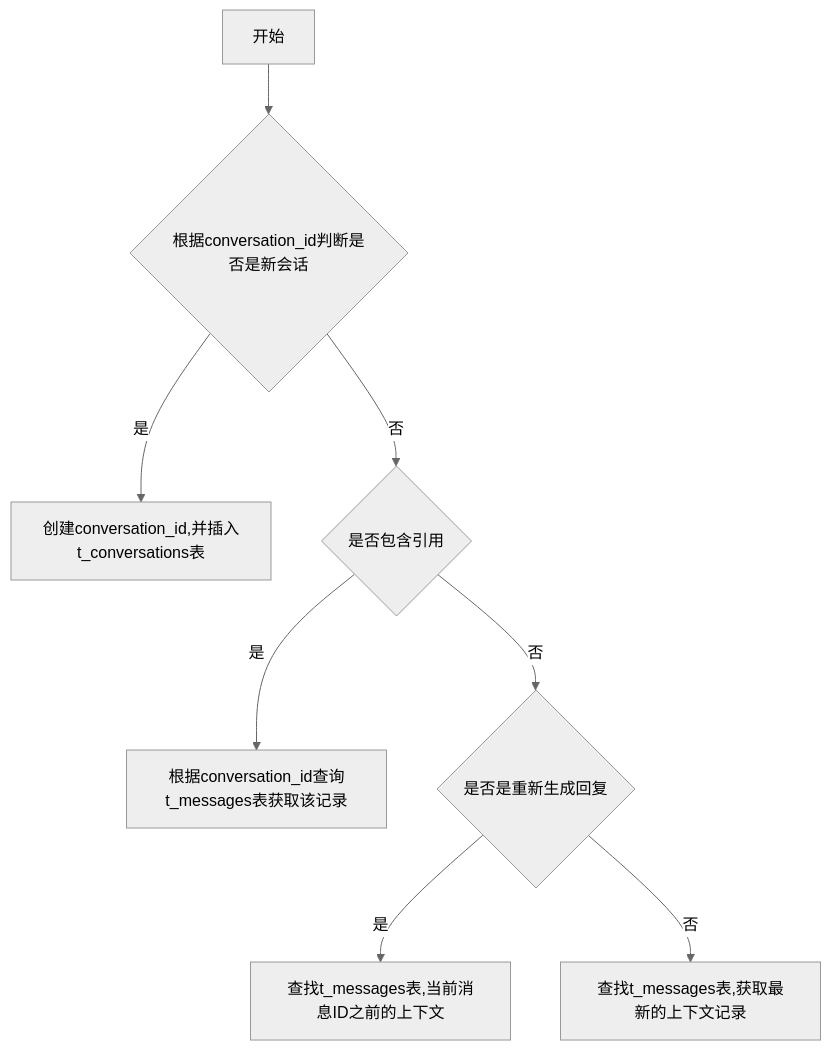
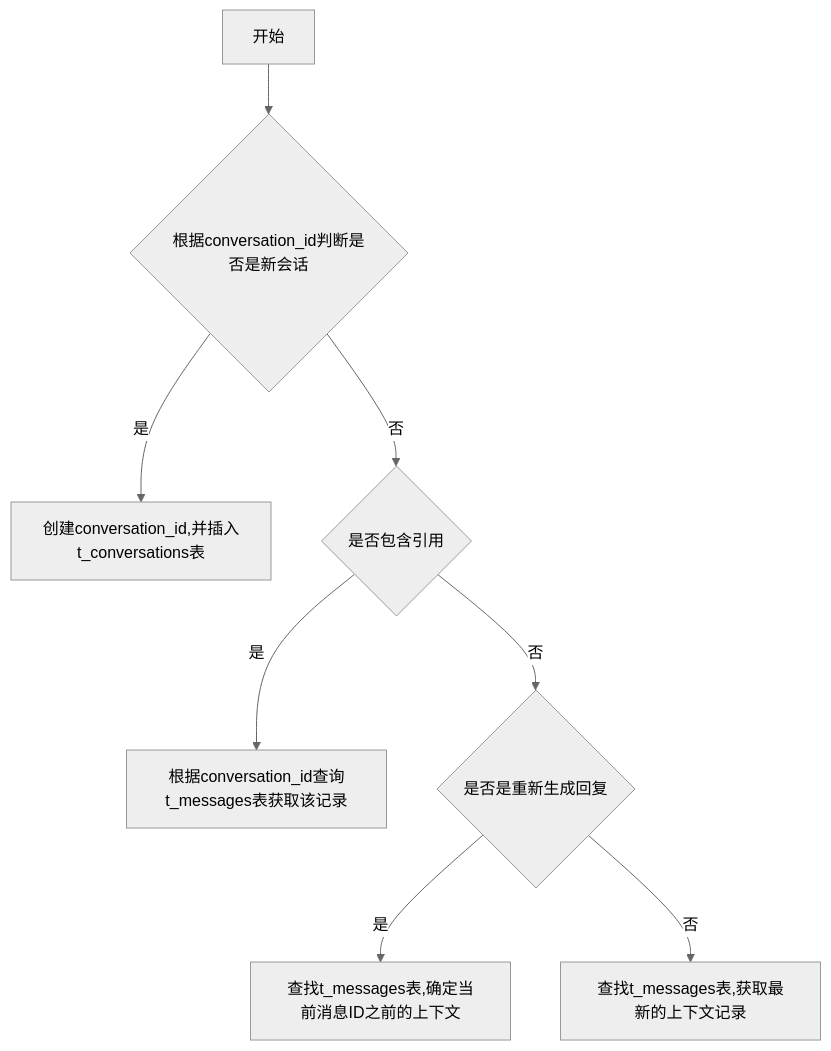
Before and after one commit to yingjianzh/iodraw-files: the diagram in all/未命名-7.md, drawn with Mermaid (neutral theme).

Commit message:
2024-10-12 14:23:33 update

````diff
--- a/all/未命名-7.md
+++ b/all/未命名-7.md
@@ -1,12 +1,12 @@
 ```mermaid
 flowchart TD
     A[开始] --> B{根据conversation_id判断是否是新会话}
     B -- 是 --> C[创建conversation_id,并插入t_conversations表]
     B -- 否 --> D{是否包含引用}
     D -- 是 --> E[根据conversation_id查询t_messages表获取该记录]
     D -- 否 --> F{是否是重新生成回复}
-    F -- 是 --> G[查找t_messages表,当前消息ID之前的上下文]
+    F -- 是 --> G[查找t_messages表,确定当前消息ID之前的上下文]
     F -- 否 --> H[查找t_messages表,获取最新的上下文记录]
 
 
 ```
````
